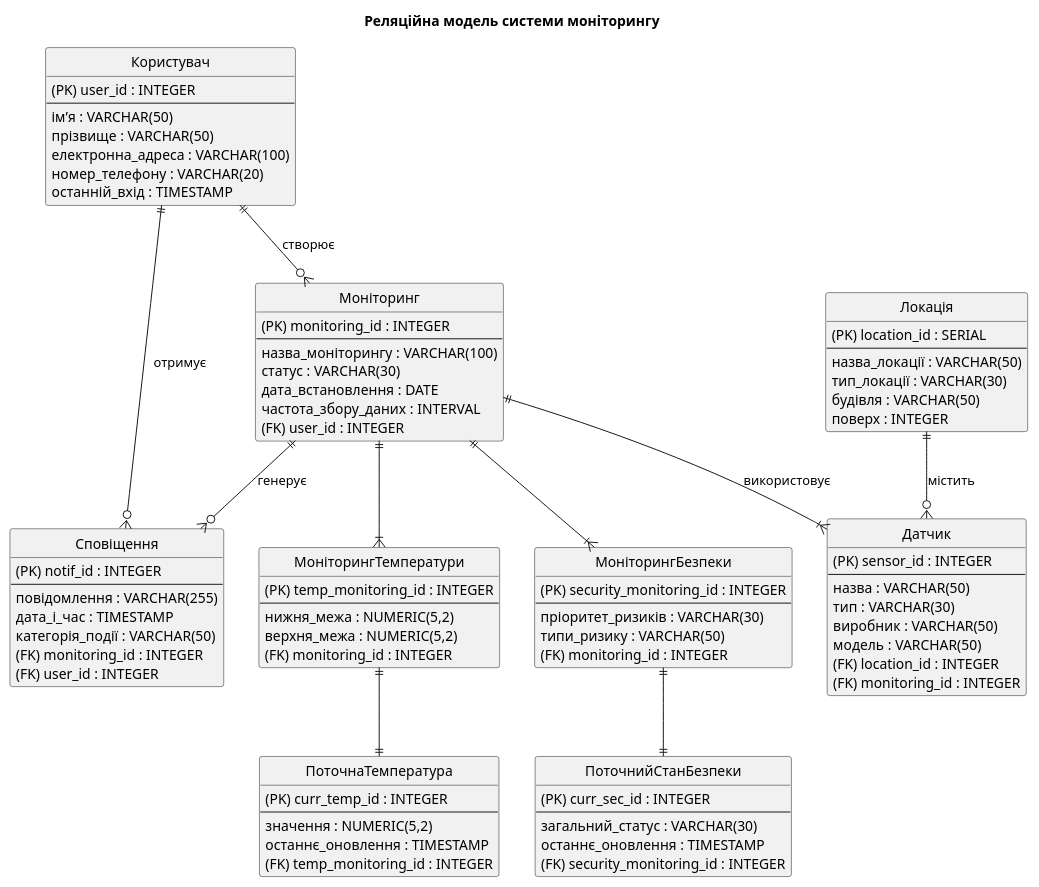
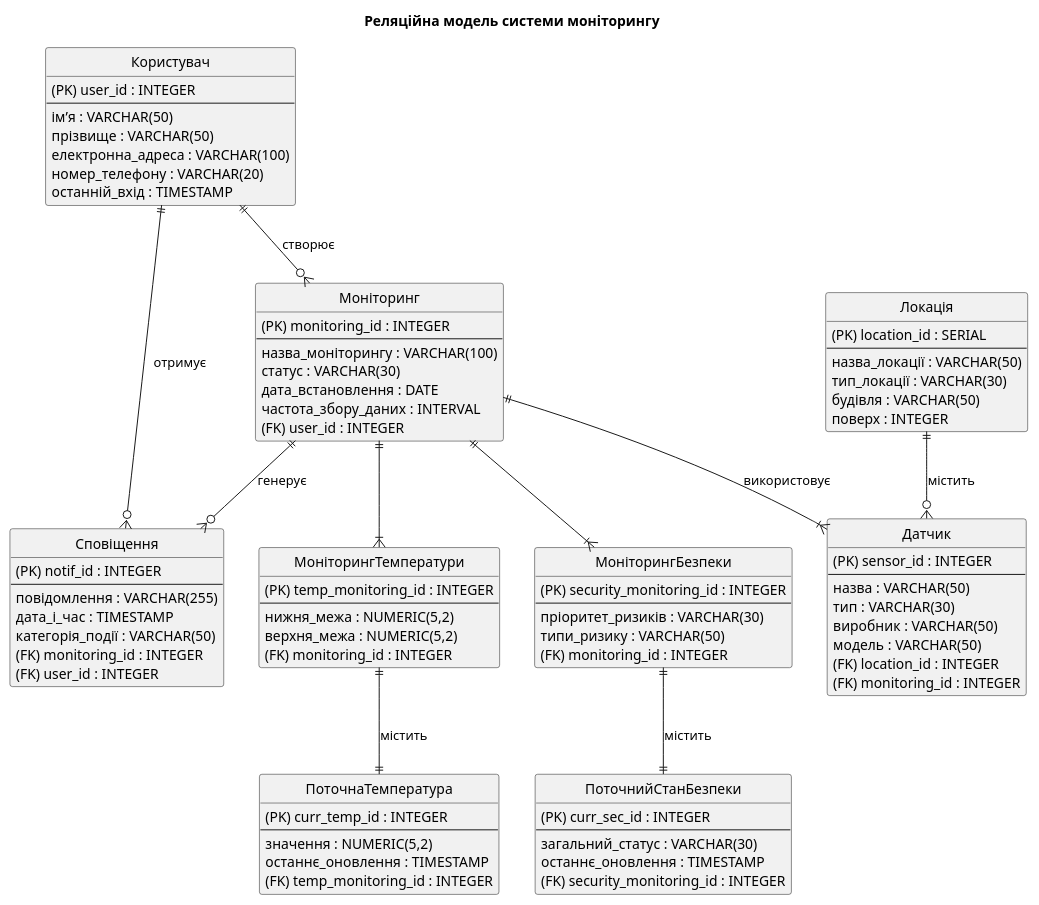
One commit to Julik52/NFR_Files changed the diagram in RelLogicalSchema.puml. Above: the diagram before and after it, drawn with PlantUML.

```diff
--- a/RelLogicalSchema.puml
+++ b/RelLogicalSchema.puml
@@ -1,99 +1,99 @@
 @startuml
 title Реляційна модель системи моніторингу
 
 hide circle
 
 entity "Користувач" as user {
   (PK) user_id : INTEGER 
   --
   ім’я : VARCHAR(50)
   прізвище : VARCHAR(50)
   електронна_адреса : VARCHAR(100)
   номер_телефону : VARCHAR(20)
   останній_вхід : TIMESTAMP
 }
 
 entity "Моніторинг" as monitoring {
   (PK) monitoring_id : INTEGER
   --
   назва_моніторингу : VARCHAR(100)
   статус : VARCHAR(30)
   дата_встановлення : DATE
   частота_збору_даних : INTERVAL
   (FK) user_id : INTEGER
 }
 
 entity "МоніторингТемператури" as tempMon {
   (PK) temp_monitoring_id : INTEGER
   --
   нижня_межа : NUMERIC(5,2)
   верхня_межа : NUMERIC(5,2)
   (FK) monitoring_id : INTEGER
 }
 
 entity "МоніторингБезпеки" as secMon {
   (PK) security_monitoring_id : INTEGER
   --
   пріоритет_ризиків : VARCHAR(30)
   типи_ризику : VARCHAR(50)
   (FK) monitoring_id : INTEGER
 }
 
 entity "ПоточнаТемпература" as currTemp {
   (PK) curr_temp_id : INTEGER
   --
   значення : NUMERIC(5,2)
   останнє_оновлення : TIMESTAMP
   (FK) temp_monitoring_id : INTEGER
 }
 
 entity "ПоточнийСтанБезпеки" as currSec {
   (PK) curr_sec_id : INTEGER
   --
   загальний_статус : VARCHAR(30)
   останнє_оновлення : TIMESTAMP
   (FK) security_monitoring_id : INTEGER
 }
 
 entity "Сповіщення" as notif {
   (PK) notif_id : INTEGER
   --
   повідомлення : VARCHAR(255)
   дата_і_час : TIMESTAMP
   категорія_події : VARCHAR(50)
   (FK) monitoring_id : INTEGER
   (FK) user_id : INTEGER
 }
 
 entity "Датчик" as sensor {
   (PK) sensor_id : INTEGER
   --
   назва : VARCHAR(50)
   тип : VARCHAR(30)
   виробник : VARCHAR(50)
   модель : VARCHAR(50)
   (FK) location_id : INTEGER
   (FK) monitoring_id : INTEGER
 }
 
 entity "Локація" as location {
   (PK) location_id : SERIAL
   --
   назва_локації : VARCHAR(50)
   тип_локації : VARCHAR(30)
   будівля : VARCHAR(50)
   поверх : INTEGER
 }
 
 ' --- Зв’язки ---
 user ||--o{ monitoring : створює
 monitoring ||--|{ tempMon
 monitoring ||--|{ secMon
-tempMon ||--|| currTemp
-secMon ||--|| currSec
+tempMon ||--|| currTemp : містить
+secMon ||--|| currSec : містить
 monitoring ||--|{ sensor : використовує
 location ||--o{ sensor : містить
 monitoring ||--o{ notif : генерує
 user ||--o{ notif : отримує
 
 @enduml
```
